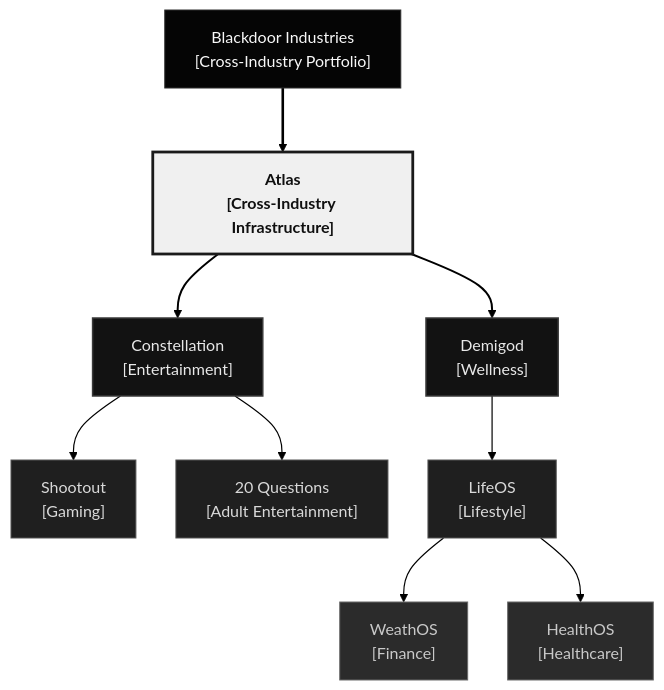
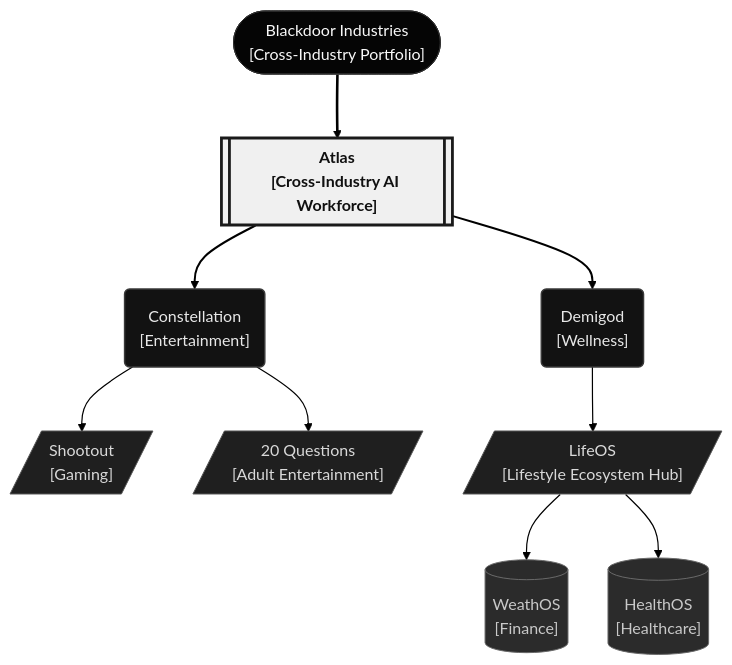
The first of 2 diagrams in profile/README.md (Blackdoor-Industries/.github), drawn with Mermaid before and after one commit. The commit also changed other lines of this file, not shown here.

Commit message:
Differentiate org layers by shape and update Atlas/LifeOS labels

````diff
--- a/profile/README.md
+++ b/profile/README.md
@@ -41,48 +41,48 @@
 ```mermaid
 %%{init: {
   "theme": "base",
   "flowchart": {
     "curve": "basis",
     "nodeSpacing": 40,
     "rankSpacing": 64
   },
   "themeVariables": {
     "fontFamily": "system-ui, -apple-system, Segoe UI, sans-serif",
     "lineColor": "#000000",
     "textColor": "#eaeaea",
     "primaryColor": "#181818",
     "primaryBorderColor": "#454545",
     "tertiaryColor": "#121212",
     "background": "#ffffff"
   }
 }}%%
 flowchart TB
-    BD["Blackdoor Industries<br/>[Cross-Industry Portfolio]"]:::holding
-    ATLAS["Atlas<br/>[Cross-Industry Infrastructure]"]:::atlas
-    CONST["Constellation<br/>[Entertainment]"]:::subsidiary
-    DEMI["Demigod<br/>[Wellness]"]:::subsidiary
-    SHOOT["Shootout<br/>[Gaming]"]:::product
-    VN["20 Questions<br/>[Adult Entertainment]"]:::product
-    LIFE["LifeOS<br/>[Lifestyle]"]:::product
-    WEATH["WeathOS<br/>[Finance]"]:::module
-    HEALTH["HealthOS<br/>[Healthcare]"]:::module
+    BD(["Blackdoor Industries<br/>[Cross-Industry Portfolio]"]):::holding
+    ATLAS[["Atlas<br/>[Cross-Industry AI Workforce]"]]:::atlas
+    CONST("Constellation<br/>[Entertainment]"):::subsidiary
+    DEMI("Demigod<br/>[Wellness]"):::subsidiary
+    SHOOT[/"Shootout<br/>[Gaming]"/]:::product
+    VN[/"20 Questions<br/>[Adult Entertainment]"/]:::product
+    LIFE[/"LifeOS<br/>[Lifestyle Ecosystem Hub]"/]:::product
+    WEATH[("WeathOS<br/>[Finance]")]:::module
+    HEALTH[("HealthOS<br/>[Healthcare]")]:::module
 
     BD ==> ATLAS
     ATLAS ==> CONST
     ATLAS ==> DEMI
     CONST --> SHOOT
     CONST --> VN
     DEMI --> LIFE
     LIFE --> WEATH
     LIFE --> HEALTH
 
     classDef holding fill:#050505,stroke:#2f2f2f,stroke-width:1px,color:#f8f8f8
     classDef atlas fill:#f0f0f0,stroke:#1a1a1a,stroke-width:2.8px,color:#101010,font-weight:700
     classDef subsidiary fill:#121212,stroke:#3a3a3a,stroke-width:1.5px,color:#e8e8e8
     classDef product fill:#1f1f1f,stroke:#555555,stroke-width:1px,color:#d9d9d9
     classDef module fill:#2b2b2b,stroke:#6a6a6a,stroke-width:1px,color:#c9c9c9
 
     linkStyle 0 stroke:#000000,stroke-width:2.6px
     linkStyle 1,2 stroke:#000000,stroke-width:2px
     linkStyle 3,4,5,6,7 stroke:#000000,stroke-width:1.2px
 ```
````
